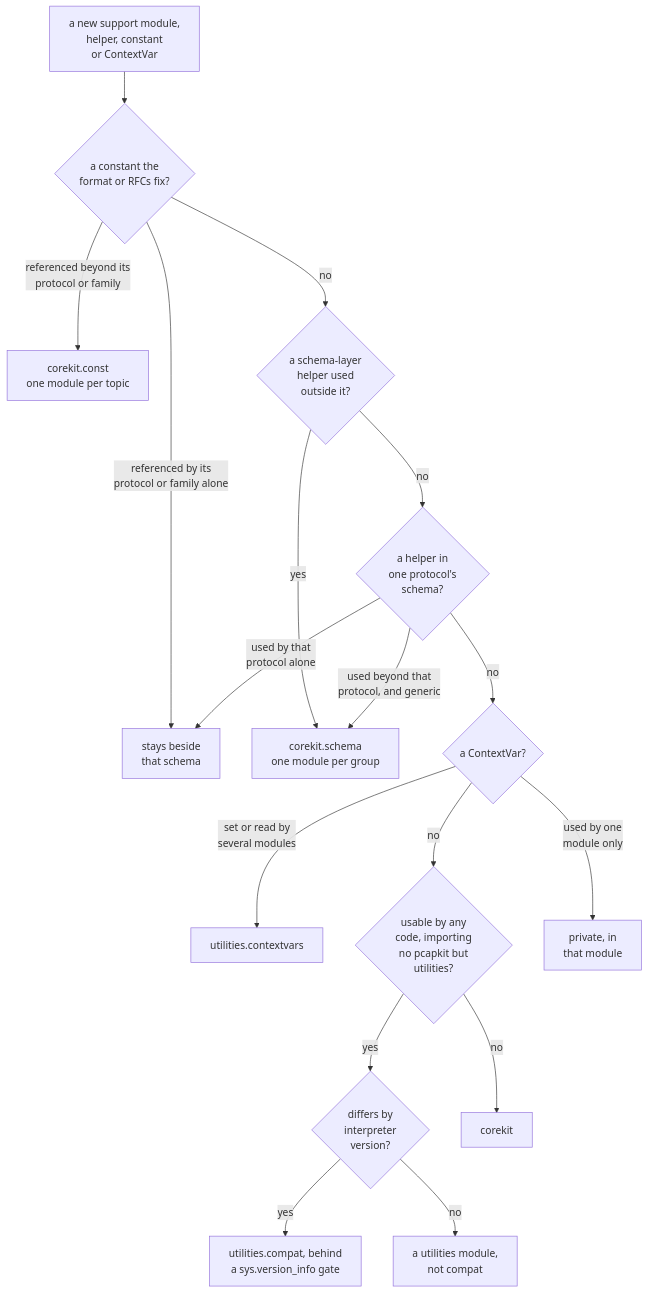
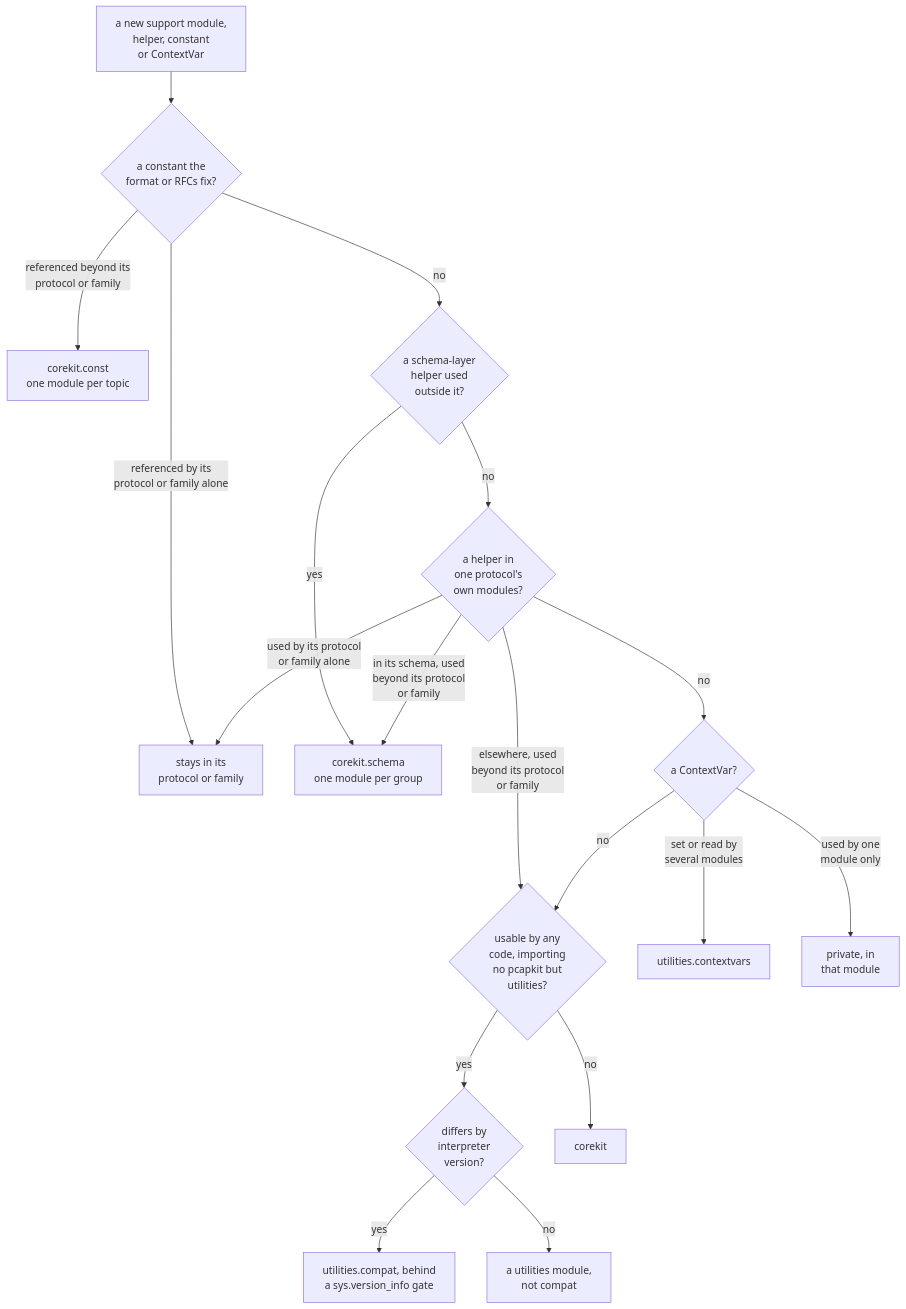
The diagram in docs/source/contributing/conventions/utilities-or-corekit.rst (JarryShaw/PyPCAPKit), drawn with Mermaid before and after one commit. The commit also changed other lines of this file and 12 other files, not shown here.

First line of the commit message:
refactor(corekit)!: give helpers read beyond their protocol a common home (#2897)

```diff
--- a/docs/source/contributing/conventions/utilities-or-corekit.rst
+++ b/docs/source/contributing/conventions/utilities-or-corekit.rst
@@ -12,19 +12,20 @@
 .. mermaid::
 
    flowchart TD
        NEW["a new support module,<br/>helper, constant<br/>or ContextVar"] --> CONST{"a constant the<br/>format or RFCs fix?"}
        CONST -->|"referenced beyond its<br/>protocol or family"| SHARED["corekit.const<br/>one module per topic"]
-       CONST -->|"referenced by its<br/>protocol or family alone"| STAY["stays beside<br/>that schema"]
+       CONST -->|"referenced by its<br/>protocol or family alone"| STAY["stays in its<br/>protocol or family"]
        CONST -->|no| LAYER{"a schema-layer<br/>helper used<br/>outside it?"}
-       LAYER -->|no| OWNED{"a helper in<br/>one protocol's<br/>schema?"}
+       LAYER -->|no| OWNED{"a helper in<br/>one protocol's<br/>own modules?"}
        LAYER -->|yes| SCHEMA["corekit.schema<br/>one module per group"]
-       OWNED -->|"used beyond that<br/>protocol, and generic"| SCHEMA
+       OWNED -->|"in its schema, used<br/>beyond its protocol<br/>or family"| SCHEMA
+       OWNED -->|"elsewhere, used<br/>beyond its protocol<br/>or family"| UTIL
        OWNED -->|no| VAR{"a ContextVar?"}
-       OWNED -->|"used by that<br/>protocol alone"| STAY
+       OWNED -->|"used by its protocol<br/>or family alone"| STAY
        VAR -->|"set or read by<br/>several modules"| CTX["utilities.contextvars"]
        VAR -->|no| UTIL{"usable by any<br/>code, importing<br/>no pcapkit but<br/>utilities?"}
        VAR -->|"used by one<br/>module only"| PRIV["private, in<br/>that module"]
        UTIL -->|yes| VER{"differs by<br/>interpreter<br/>version?"}
        UTIL -->|no| CORE["corekit"]
        VER -->|yes| COMPAT["utilities.compat, behind<br/>a sys.version_info gate"]
        VER -->|no| OWN["a utilities module,<br/>not compat"]
```
